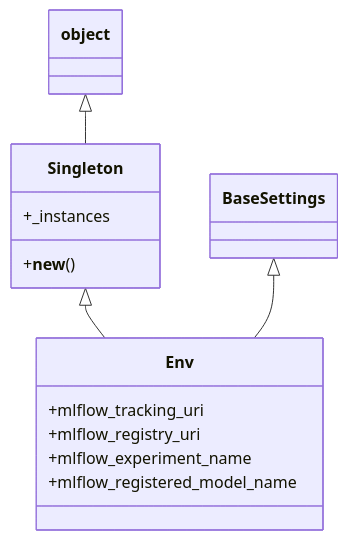
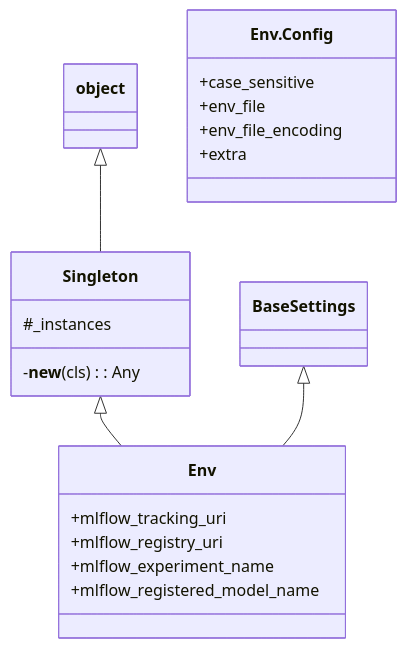
The first of 2 diagrams in wiki/osvariables.md (lgcorzo/mlops-python-package), drawn with Mermaid before and after one commit. The commit also changed other lines of this file and 31 other files, not shown here.

````diff
--- a/wiki/osvariables.md
+++ b/wiki/osvariables.md
@@ -16,16 +16,22 @@
 ```mermaid
 classDiagram
+    class Singleton {
+        #_instances
+        -__new__(cls) : Any
+    }
     object <|-- Singleton
-    class Singleton {
-        +_instances
-        +__new__()
-    }
-    Singleton <|-- Env
-    BaseSettings <|-- Env
     class Env {
         +mlflow_tracking_uri
         +mlflow_registry_uri
         +mlflow_experiment_name
         +mlflow_registered_model_name
     }
+    Singleton <|-- Env
+    BaseSettings <|-- Env
+    class Env.Config {
+        +case_sensitive
+        +env_file
+        +env_file_encoding
+        +extra
+    }
 ```
````
